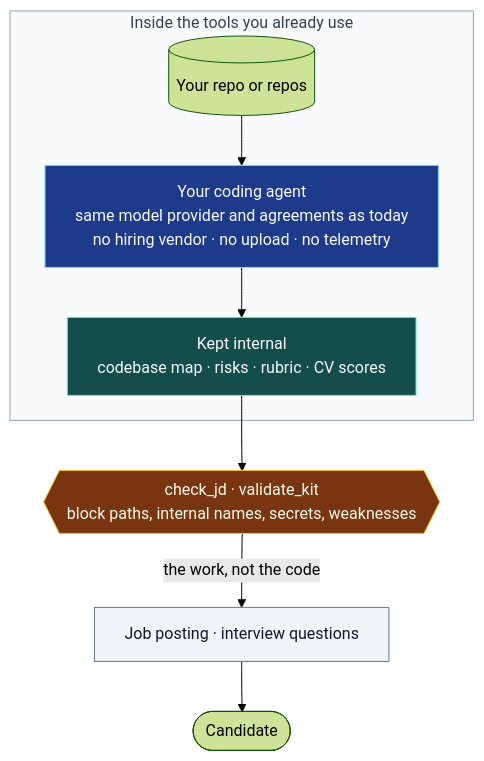
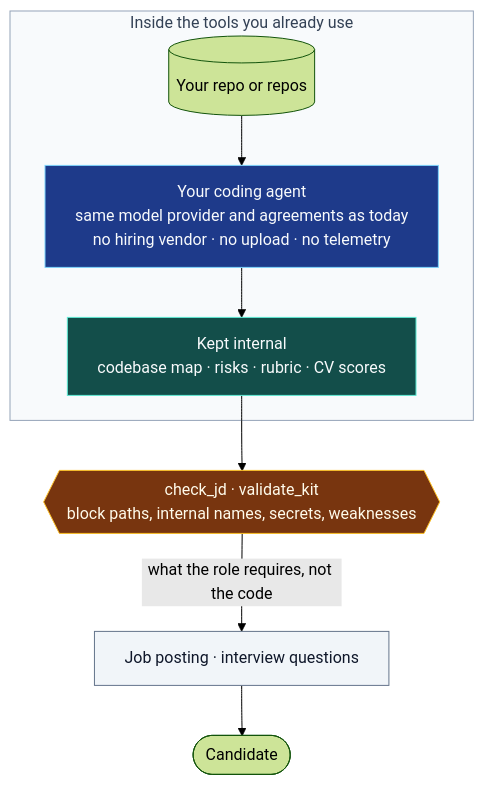
One commit to shikhar58/repo-aware-hiring changed the diagram in docs/assets/privacy.mmd. Above: the diagram before and after it, drawn with Mermaid (forest theme). The commit also changed 9 other files, not shown here.

```diff
--- a/docs/assets/privacy.mmd
+++ b/docs/assets/privacy.mmd
@@ -1,17 +1,17 @@
 %%{init: {"flowchart": {"wrappingWidth": 400}} }%%
 flowchart TB
     subgraph T["Inside the tools you already use"]
         repo[("Your repo or repos")]
         agent["Your coding agent<br/>same model provider and agreements as today<br/>no hiring vendor · no upload · no telemetry"]:::model
         internal["Kept internal<br/>codebase map · risks · rubric · CV scores"]:::code
         repo --> agent --> internal
     end
     internal --> gate{{"check_jd · validate_kit<br/>block paths, internal names, secrets, weaknesses"}}:::gate
-    gate -- "the work, not the code" --> shared["Job posting · interview questions"]:::share
+    gate -- "what the role requires, not the code" --> shared["Job posting · interview questions"]:::share
     shared --> cand(["Candidate"])
 
     classDef model fill:#1e3a8a,stroke:#7dd3fc,color:#f8fafc
     classDef code fill:#134e4a,stroke:#5eead4,color:#f8fafc
     classDef gate fill:#78350f,stroke:#fbbf24,color:#fffbeb
     classDef share fill:#f1f5f9,stroke:#64748b,color:#0f172a
     style T fill:#f8fafc,stroke:#94a3b8,color:#334155
```
